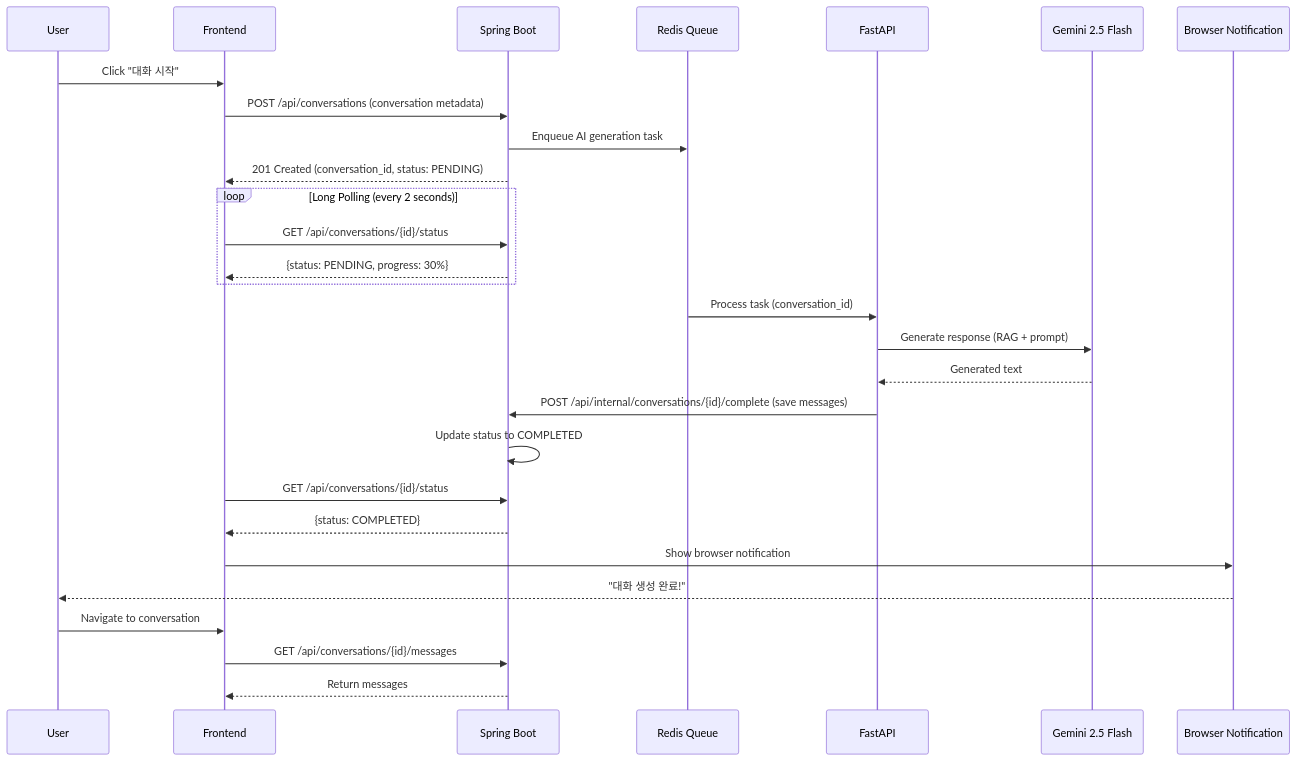
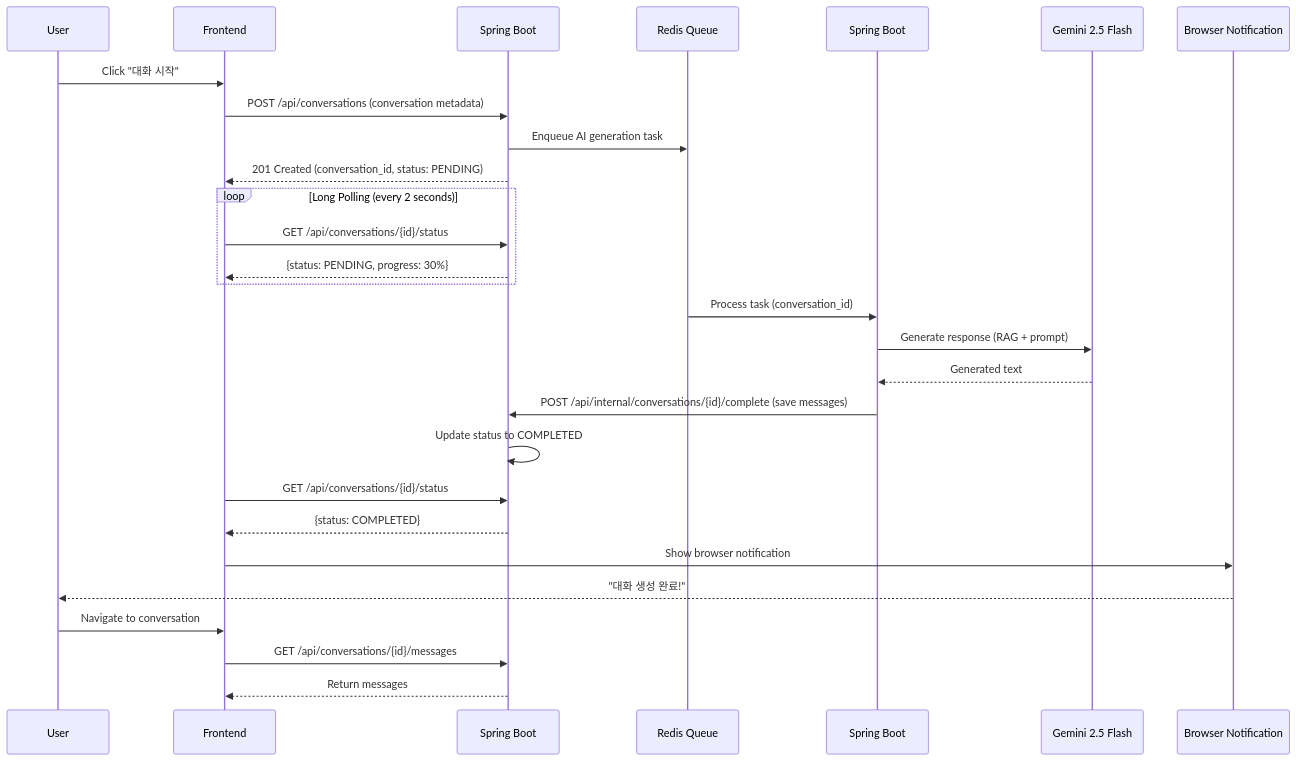
The second of 8 diagrams in docs/3-solutioning/erd.md (SideProjectSFY/gaji), drawn with Mermaid before and after one commit. The commit also changed other lines of this file and 69 other files, not shown here.

````diff
--- a/docs/3-solutioning/erd.md
+++ b/docs/3-solutioning/erd.md
@@ -165,35 +165,35 @@
 ```mermaid
 sequenceDiagram
     participant User
     participant Frontend
     participant Spring as Spring Boot
     participant Queue as Redis Queue
-    participant FastAPI
+    participant Spring Boot
     participant LLM as Gemini 2.5 Flash
     participant Notify as Browser Notification
 
     User->>Frontend: Click "대화 시작"
     Frontend->>Spring: POST /api/conversations (conversation metadata)
     Spring->>Queue: Enqueue AI generation task
     Spring-->>Frontend: 201 Created (conversation_id, status: PENDING)
 
     loop Long Polling (every 2 seconds)
         Frontend->>Spring: GET /api/conversations/{id}/status
         Spring-->>Frontend: {status: PENDING, progress: 30%}
     end
 
-    Queue->>FastAPI: Process task (conversation_id)
-    FastAPI->>LLM: Generate response (RAG + prompt)
-    LLM-->>FastAPI: Generated text
-    FastAPI->>Spring: POST /api/internal/conversations/{id}/complete (save messages)
+    Queue->>Spring Boot: Process task (conversation_id)
+    Spring Boot->>LLM: Generate response (RAG + prompt)
+    LLM-->>Spring Boot: Generated text
+    Spring Boot->>Spring: POST /api/internal/conversations/{id}/complete (save messages)
     Spring->>Spring: Update status to COMPLETED
 
     Frontend->>Spring: GET /api/conversations/{id}/status
     Spring-->>Frontend: {status: COMPLETED}
     Frontend->>Notify: Show browser notification
     Notify-->>User: "대화 생성 완료!"
 
     User->>Frontend: Navigate to conversation
     Frontend->>Spring: GET /api/conversations/{id}/messages
     Spring-->>Frontend: Return messages
 ```
````
